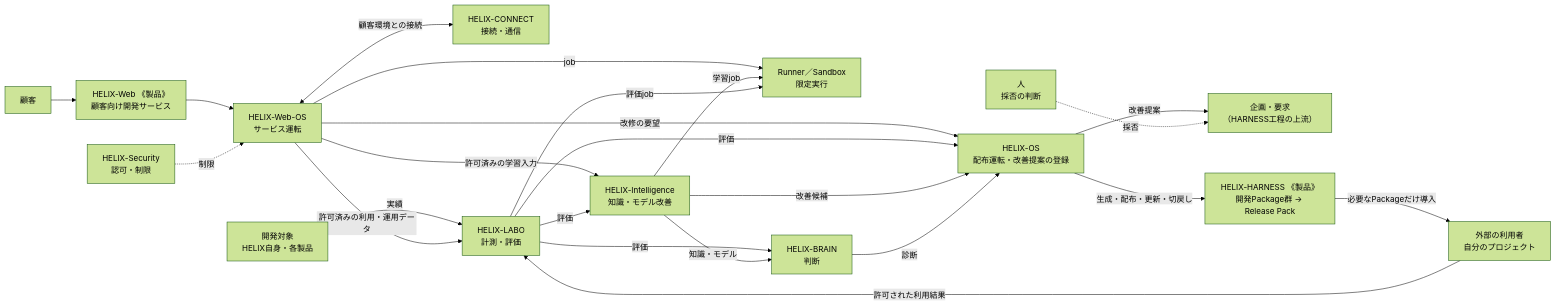
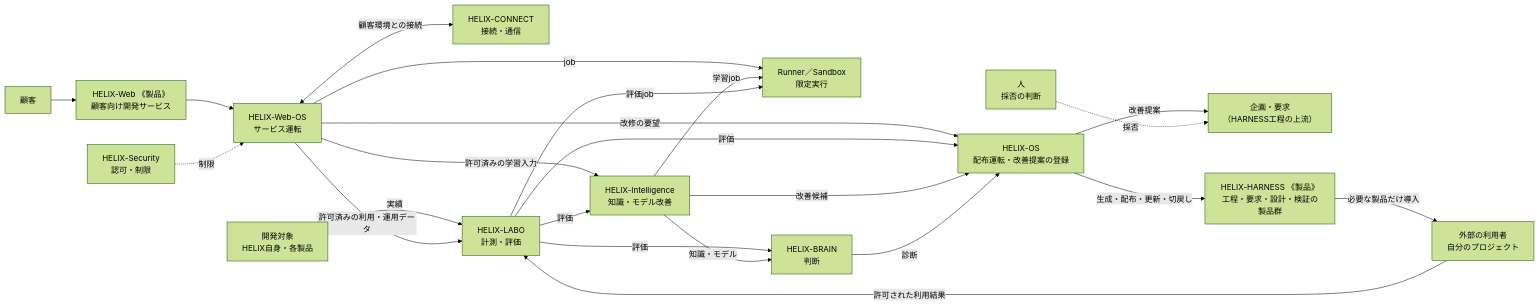
The third of 3 diagrams in docs/concept/helix-concept.md (RetryYN/HELIX-HARNESS), drawn with Mermaid (forest theme) before and after one commit. The commit also changed other lines of this file, not shown here.

Commit message:
docs: base HARNESS product group on current HARNESS L1

````diff
--- a/docs/concept/helix-concept.md
+++ b/docs/concept/helix-concept.md
@@ -161,41 +161,41 @@
 ```mermaid
 flowchart LR
     REQ2["企画・要求<br/>（HARNESS工程の上流）"]
     Human["人<br/>採否の判断"]
     Targets["開発対象<br/>HELIX自身・各製品"]
-    PKG["HELIX-HARNESS 《製品》<br/>開発Package群 → Release Pack"]
+    PKG["HELIX-HARNESS 《製品》<br/>工程・要求・設計・検証の製品群"]
     ExtUser["外部の利用者<br/>自分のプロジェクト"]
     Customer["顧客"]
     WEB["HELIX-Web 《製品》<br/>顧客向け開発サービス"]
     WEBOS["HELIX-Web-OS<br/>サービス運転"]
     CONNECT["HELIX-CONNECT<br/>接続・通信"]
     RUNNER["Runner／Sandbox<br/>限定実行"]
     LABO["HELIX-LABO<br/>計測・評価"]
     INT["HELIX-Intelligence<br/>知識・モデル改善"]
     BRAIN["HELIX-BRAIN<br/>判断"]
     OS["HELIX-OS<br/>配布運転・改善提案の登録"]
     SEC["HELIX-Security<br/>認可・制限"]
 
     OS -->|生成・配布・更新・切戻し| PKG
-    PKG -->|必要なPackageだけ導入| ExtUser
+    PKG -->|必要な製品だけ導入| ExtUser
     ExtUser -->|許可された利用結果| LABO
     Customer --> WEB
     WEB --> WEBOS
     WEBOS <-->|顧客環境との接続| CONNECT
     WEBOS -->|job| RUNNER
     SEC -.->|制限| WEBOS
     Targets -->|実績| LABO
     WEBOS -->|許可済みの利用・運用データ| LABO
     WEBOS -->|許可済みの学習入力| INT
     WEBOS -->|改修の要望| OS
     LABO -->|評価| BRAIN
     LABO -->|評価| INT
     LABO -->|評価| OS
     INT -->|知識・モデル| BRAIN
     INT -->|改善候補| OS
     INT -->|学習job| RUNNER
     LABO -->|評価job| RUNNER
     BRAIN -->|診断| OS
     OS -->|改善提案| REQ2
     Human -.->|採否| REQ2
 ```
````
